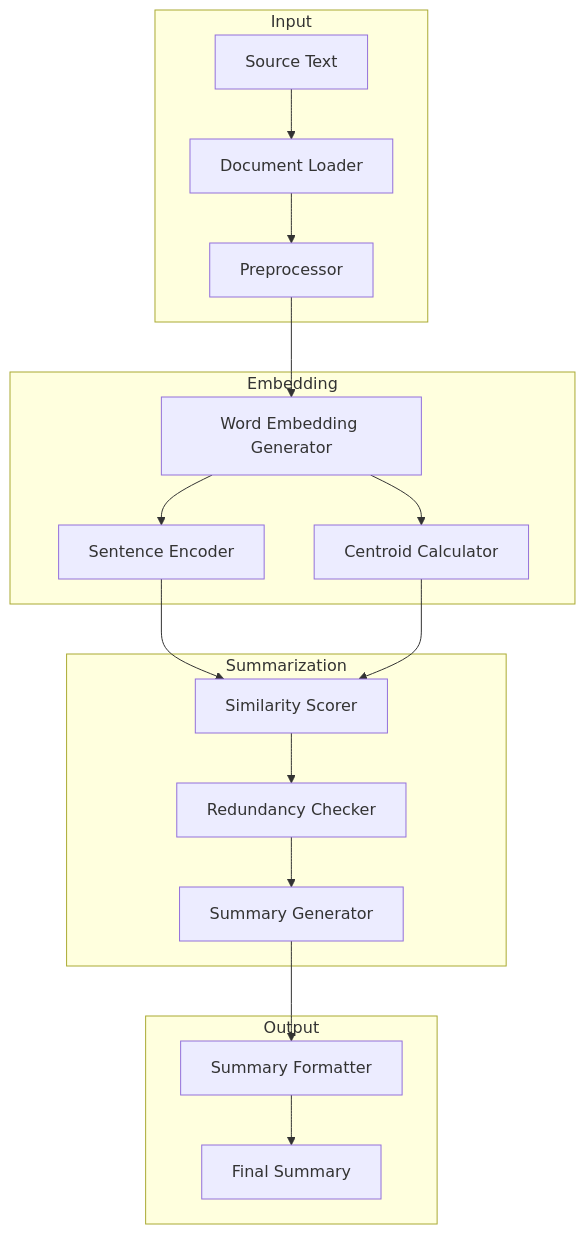
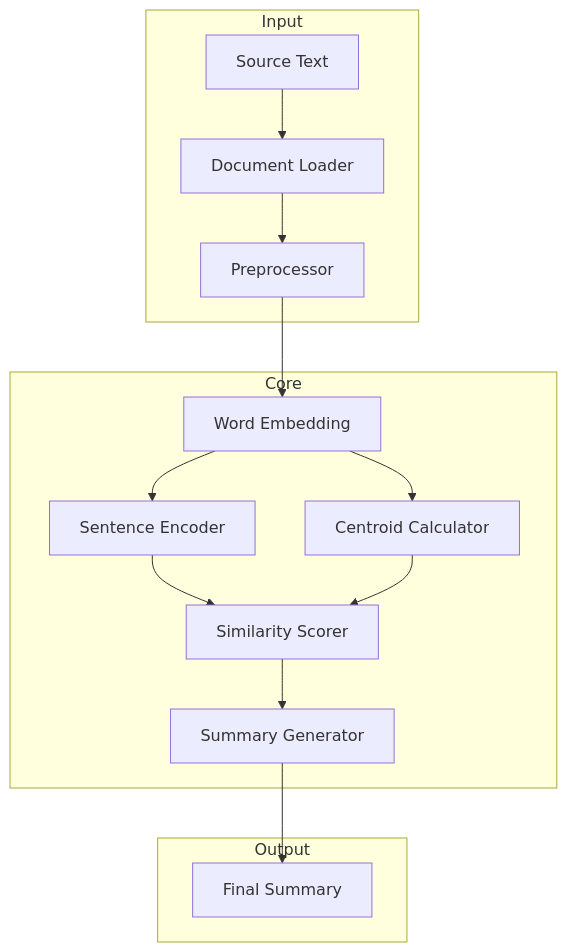
The diagram in project-readme.md (khairul-me/Semantic-Summarization-of-Religious-Texts-A-Centroid-Based-Approach-with-Word-Embeddings), drawn with Mermaid before and after one commit. The commit also changed other lines of this file, not shown here.

````diff
--- a/project-readme.md
+++ b/project-readme.md
@@ -44,25 +13,19 @@
 ```mermaid
 graph TD
     subgraph Input
         A[Source Text] --> B[Document Loader]
         B --> C[Preprocessor]
     end
     
-    subgraph Embedding
-        C --> D[Word Embedding Generator]
+    subgraph Core
+        C --> D[Word Embedding]
         D --> E[Sentence Encoder]
         D --> F[Centroid Calculator]
-    end
-    
-    subgraph Summarization
-        E --> G[Similarity Scorer]
-        F --> G
-        G --> H[Redundancy Checker]
-        H --> I[Summary Generator]
+        E & F --> G[Similarity Scorer]
+        G --> H[Summary Generator]
     end
     
     subgraph Output
-        I --> J[Summary Formatter]
-        J --> K[Final Summary]
+        H --> I[Final Summary]
     end
 ```
````
